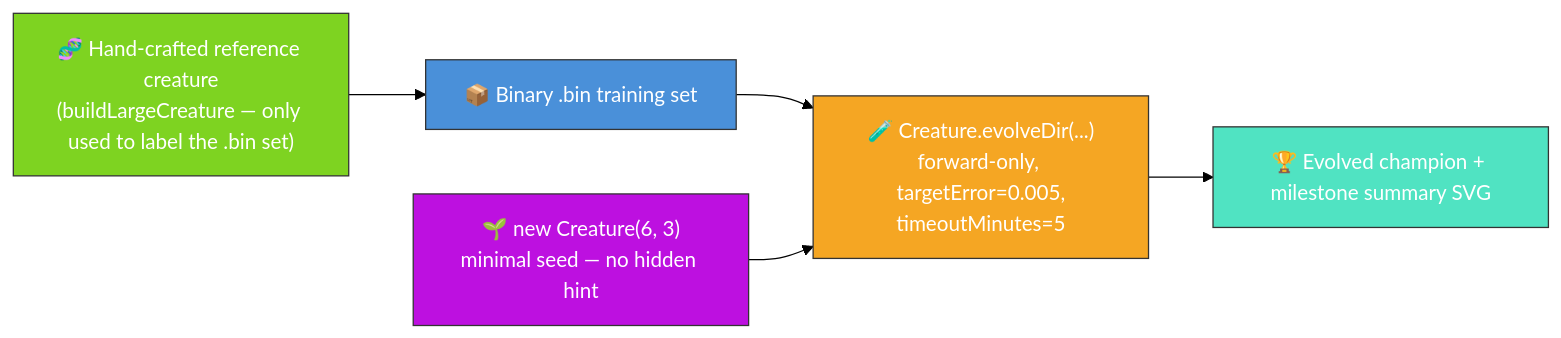
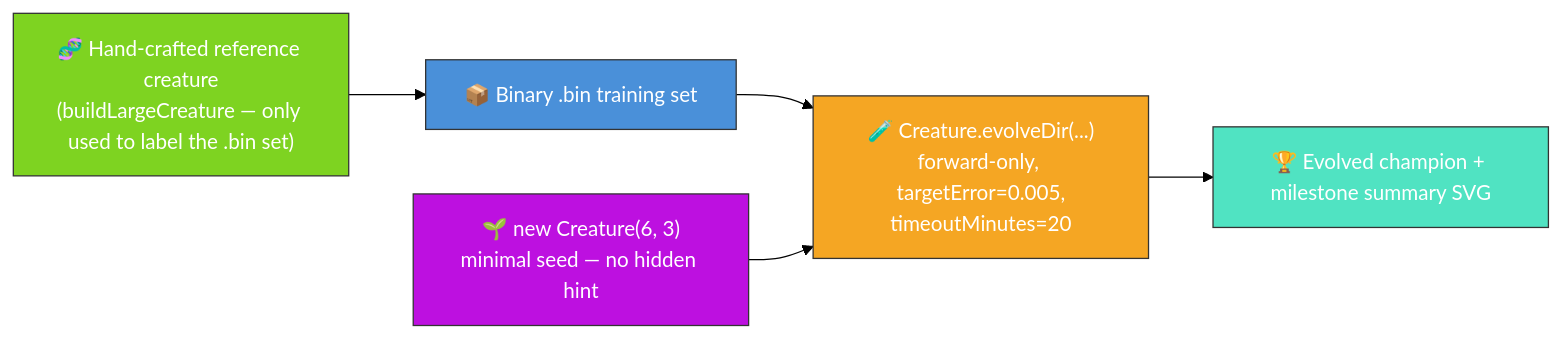
Before and after one commit to stSoftwareAU/NEAT-AI-Examples: the diagram in discovery_at_scale/README.md, drawn with Mermaid (forest theme). The commit also changed other lines of this file and 5 other files, not shown here.

````diff
--- a/discovery_at_scale/README.md
+++ b/discovery_at_scale/README.md
@@ -9,17 +9,17 @@
 ```mermaid
 flowchart LR
     REF["🧬 Hand-crafted reference creature<br/>(buildLargeCreature — only used to label the .bin set)"]
     DATA["📦 Binary .bin training set"]
     SEED["🌱 new Creature(6, 3)<br/>minimal seed — no hidden hint"]
-    EVOLVE["🧪 Creature.evolveDir(...)<br/>forward-only, targetError=0.005,<br/>timeoutMinutes=5"]
+    EVOLVE["🧪 Creature.evolveDir(...)<br/>forward-only, targetError=0.005,<br/>timeoutMinutes=20"]
     OUT["🏆 Evolved champion + milestone summary SVG"]
     REF --> DATA
     DATA --> EVOLVE
     SEED --> EVOLVE
     EVOLVE --> OUT
     style REF fill:#7ed321,stroke:#333,color:#fff
     style DATA fill:#4a90d9,stroke:#333,color:#fff
     style SEED fill:#bd10e0,stroke:#333,color:#fff
     style EVOLVE fill:#f5a623,stroke:#333,color:#fff
     style OUT fill:#50e3c2,stroke:#333,color:#fff
 ```
````
